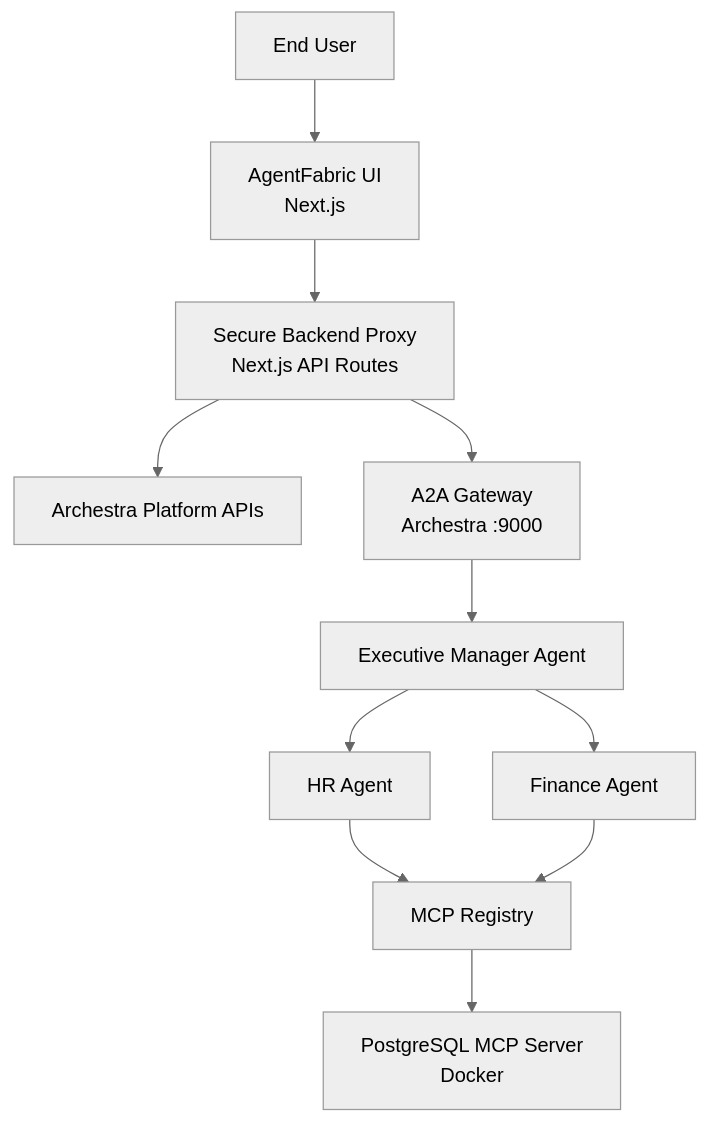
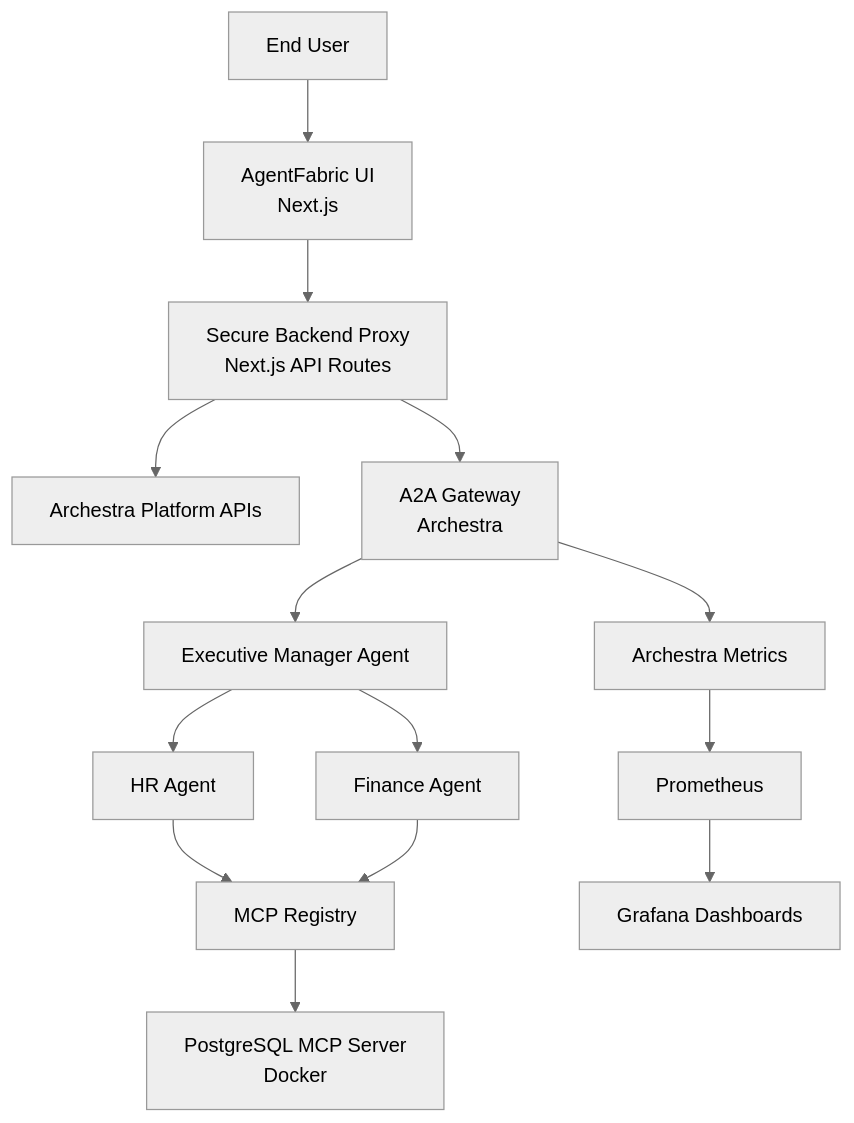
Before and after one commit to TheKumaara/AgentFabric: the first of 2 diagrams in README.md, drawn with Mermaid (neutral theme). The commit also changed other lines of this file, not shown here.

Commit message:
docs: Add Archestra Metrics, Prometheus, and Grafana to the system diagram and simplify gateway descriptions.

````diff
--- a/README.md
+++ b/README.md
@@ -50,32 +50,41 @@
 ```mermaid
 flowchart TD
 
     User["End User"]
 
     UI["AgentFabric UI<br/>Next.js"]
     API["Secure Backend Proxy<br/>Next.js API Routes"]
 
     ArchestraAPI["Archestra Platform APIs"]
-    Gateway["A2A Gateway<br/>Archestra :9000"]
+    Gateway["A2A Gateway<br/>Archestra"]
 
     Exec["Executive Manager Agent"]
     HR["HR Agent"]
     Finance["Finance Agent"]
 
     MCPRegistry["MCP Registry"]
     PostgresMCP["PostgreSQL MCP Server<br/>Docker"]
+
+    Metrics["Archestra Metrics<br/>"]
+    Prometheus["Prometheus"]
+    Grafana["Grafana Dashboards"]
 
     User --> UI
     UI --> API
     API --> ArchestraAPI
     API --> Gateway
 
     Gateway --> Exec
     Exec --> HR
     Exec --> Finance
 
     HR --> MCPRegistry
     Finance --> MCPRegistry
 
     MCPRegistry --> PostgresMCP
+
+    Gateway --> Metrics
+    Metrics --> Prometheus
+    Prometheus --> Grafana
+
 ```
````
